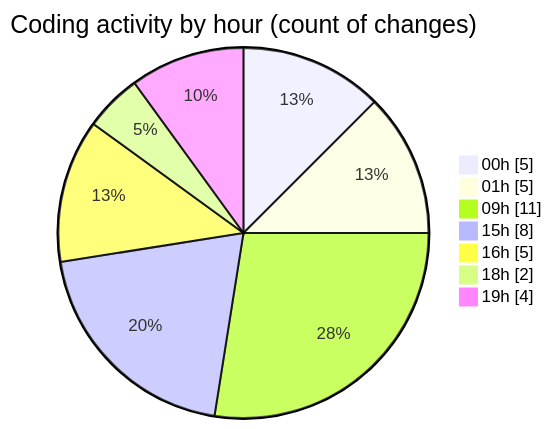
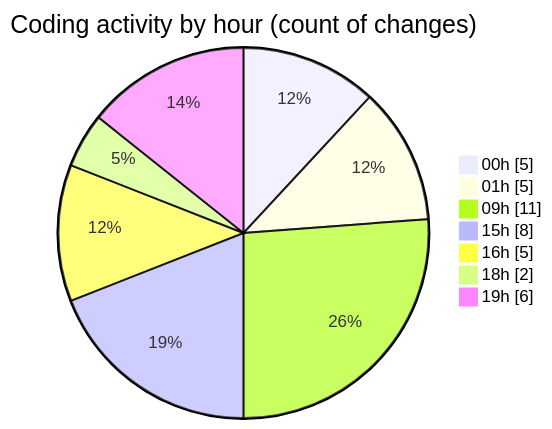
One commit to EIIisD/code-tracking changed the second of 2 diagrams in 2025-07-12/ribbon/README.md. Above: the diagram before and after it, drawn with Mermaid. The commit also changed other lines of this file and 1 other file, not shown here.

````diff
--- a/2025-07-12/ribbon/README.md
+++ b/2025-07-12/ribbon/README.md
@@ -39,11 +40,11 @@
 ```mermaid
 pie showData
 title Coding activity by hour (count of changes)
 "00h" : 5
 "01h" : 5
 "09h" : 11
 "15h" : 8
 "16h" : 5
 "18h" : 2
-"19h" : 4
+"19h" : 6
 ```
````
